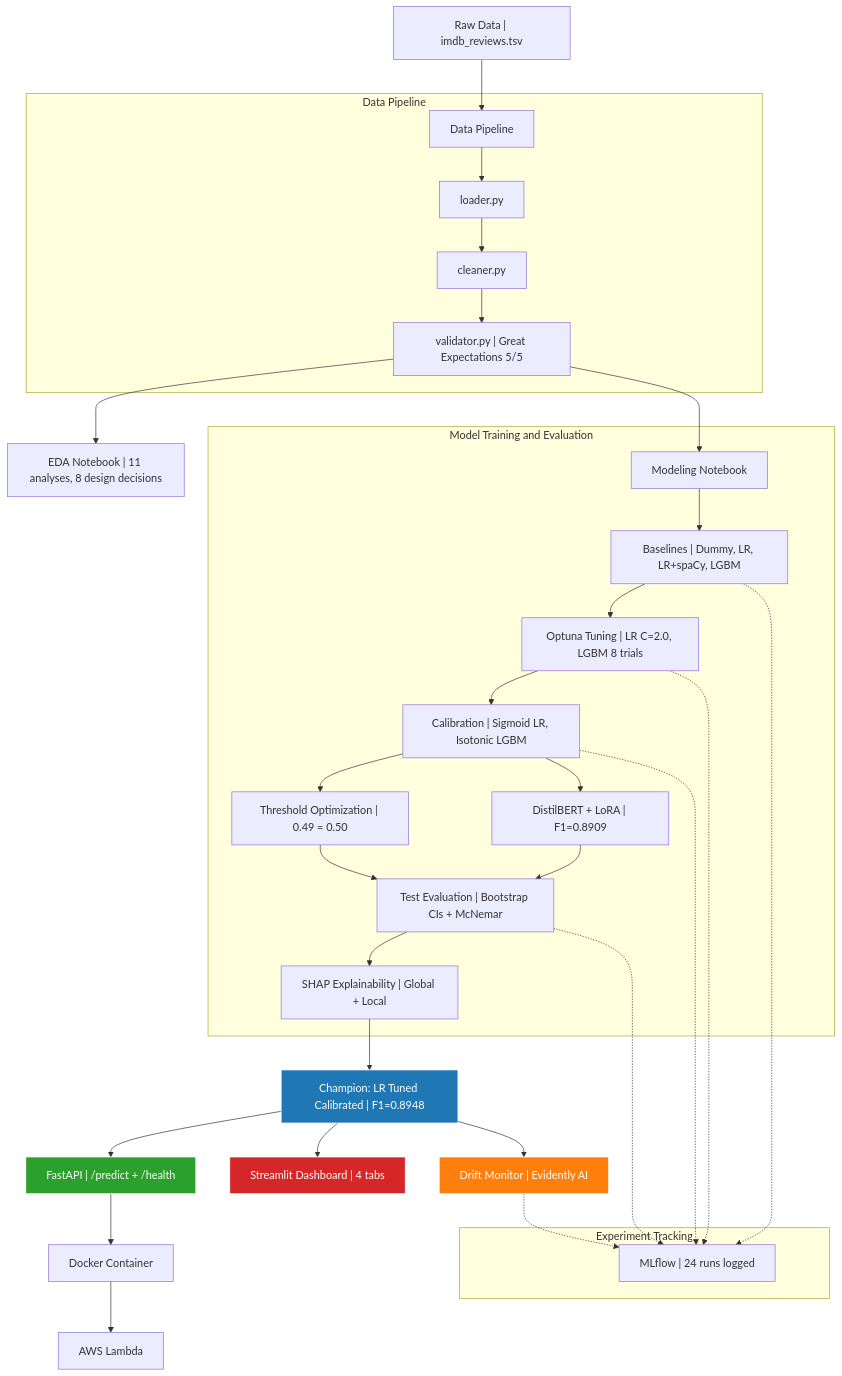
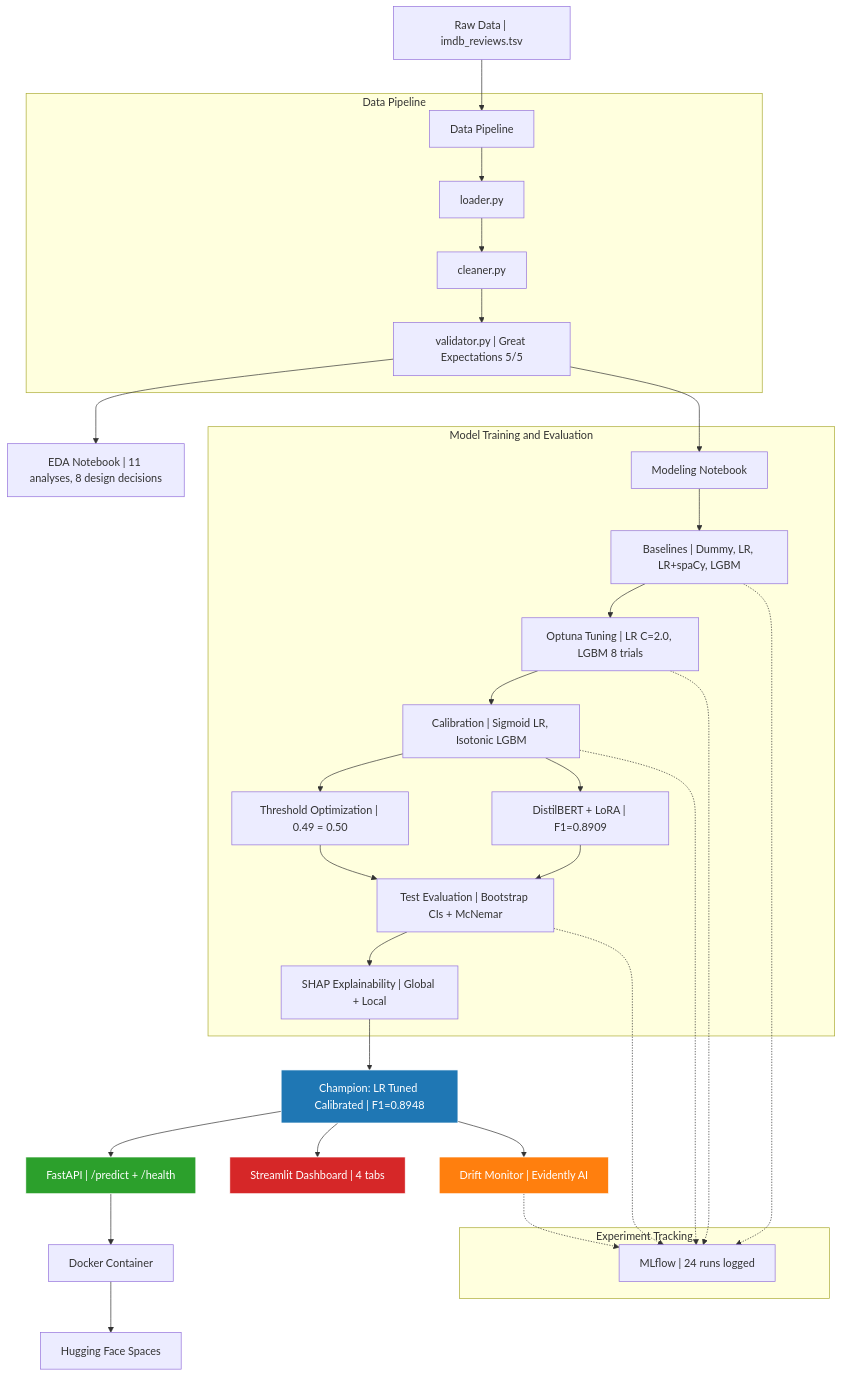
One commit to marianunez-data/imdb-sentiment-classifier changed the diagram in README.md. Above: the diagram before and after it, drawn with Mermaid. The commit also changed other lines of this file and 1 other file, not shown here.

Commit message:
Final README: live API URL, Hugging Face deployment, architecture diagram

````diff
--- a/README.md
+++ b/README.md
@@ -22,48 +22,48 @@
 ```mermaid
 graph TD
     A["Raw Data | imdb_reviews.tsv"] --> B["Data Pipeline"]
-    
+
     subgraph Pipeline["Data Pipeline"]
         B --> B1["loader.py"]
         B1 --> B2["cleaner.py"]
         B2 --> B3["validator.py | Great Expectations 5/5"]
     end
-    
+
     B3 --> C["EDA Notebook | 11 analyses, 8 design decisions"]
     B3 --> D["Modeling Notebook"]
-    
+
     subgraph Models["Model Training and Evaluation"]
         D --> D1["Baselines | Dummy, LR, LR+spaCy, LGBM"]
         D1 --> D2["Optuna Tuning | LR C=2.0, LGBM 8 trials"]
         D2 --> D3["Calibration | Sigmoid LR, Isotonic LGBM"]
         D3 --> D4["Threshold Optimization | 0.49 = 0.50"]
         D3 --> D5["DistilBERT + LoRA | F1=0.8909"]
         D4 --> D6["Test Evaluation | Bootstrap CIs + McNemar"]
         D5 --> D6
         D6 --> D7["SHAP Explainability | Global + Local"]
     end
-    
+
     D7 --> E["Champion: LR Tuned Calibrated | F1=0.8948"]
-    
+
     E --> F["FastAPI | /predict + /health"]
     E --> G["Streamlit Dashboard | 4 tabs"]
     E --> H["Drift Monitor | Evidently AI"]
-    
+
     F --> I["Docker Container"]
-    I --> J["AWS Lambda"]
-    
+    I --> J["Hugging Face Spaces"]
+
     subgraph Tracking["Experiment Tracking"]
         K["MLflow | 24 runs logged"]
     end
-    
+
     D1 -.-> K
     D2 -.-> K
     D3 -.-> K
     D6 -.-> K
     H -.-> K
 
     style E fill:#1f77b4,stroke:#fff,color:#fff
     style F fill:#2ca02c,stroke:#fff,color:#fff
     style G fill:#d62728,stroke:#fff,color:#fff
     style H fill:#ff7f0e,stroke:#fff,color:#fff
 ```
````
